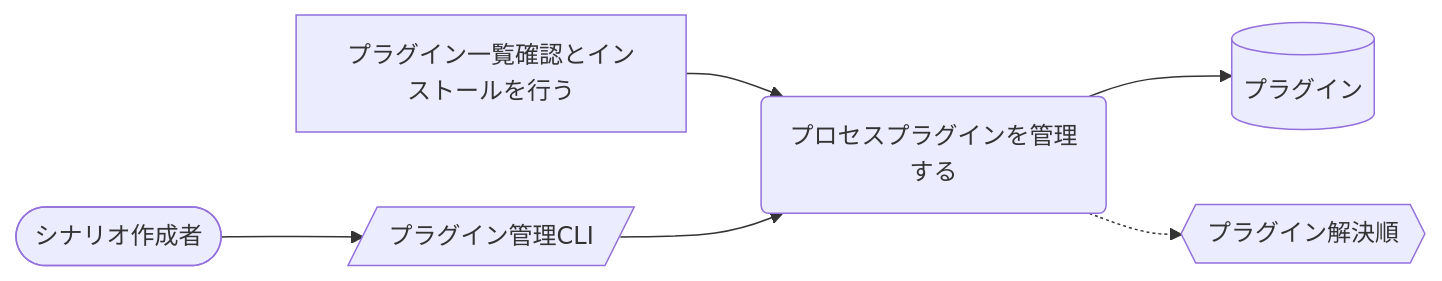
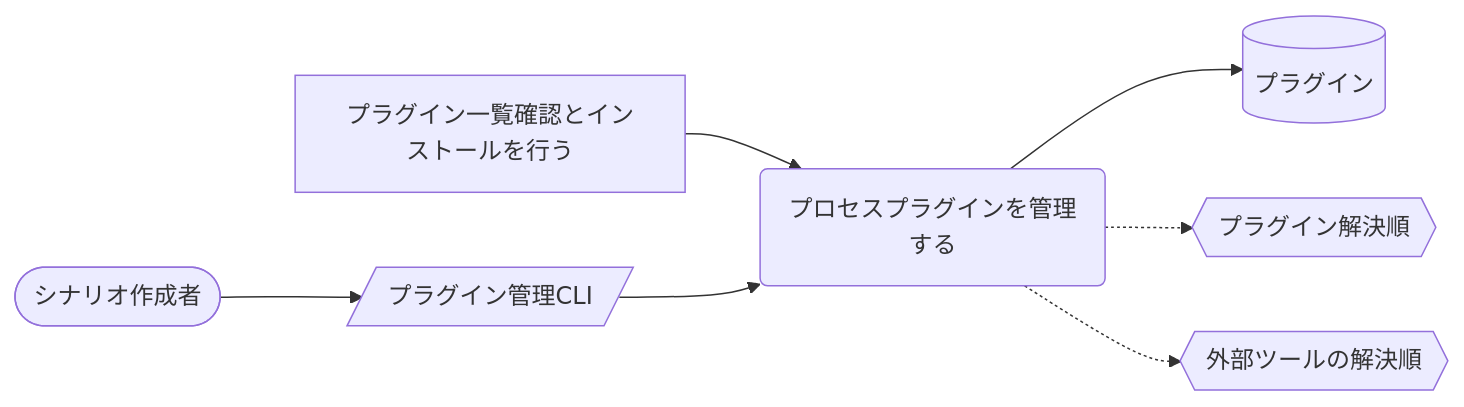
The fifth of 7 diagrams in docs/rdra/latest/views/04_UC複合図.md (scenario-test-framework/stfw), drawn with Mermaid before and after one commit. The commit also changed other lines of this file and 44 other files, not shown here.

````diff
--- a/docs/rdra/latest/views/04_UC複合図.md
+++ b/docs/rdra/latest/views/04_UC複合図.md
@@ -236,14 +236,16 @@
 ```mermaid
 graph LR
   UC1("プロセスプラグインを管理する")
   AT1["プラグイン一覧確認とインストールを行う"]
   IF1[("プラグイン")]
   CD1{{"プラグイン解決順"}}
   SC1[/"プラグイン管理CLI"/]
   AC1(["シナリオ作成者"])
+  CD2{{"外部ツールの解決順"}}
   AT1 --> UC1
   UC1 --> IF1
   UC1 -.-> CD1
   AC1 --> SC1
   SC1 --> UC1
+  UC1 -.-> CD2
 ```
````
